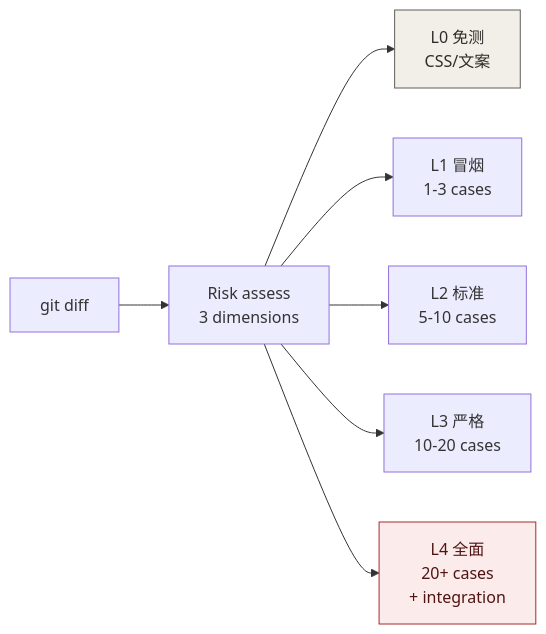
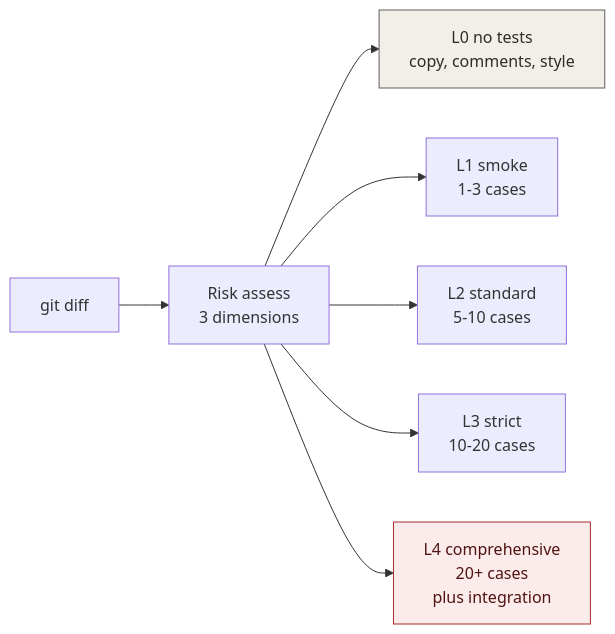
One commit to songuu/tech-persistence changed the fifth of 6 diagrams in README.md. Above: the diagram before and after it, drawn with Mermaid. The commit also changed other lines of this file and 17 other files, not shown here.

````diff
--- a/README.md
+++ b/README.md
@@ -163,12 +157,12 @@
 ```mermaid
 flowchart LR
-    DIFF["git diff"] --> ASSESS["Risk assess\n3 dimensions"]
-    ASSESS --> L0["L0 免测\nCSS/文案"]
-    ASSESS --> L1["L1 冒烟\n1-3 cases"]
-    ASSESS --> L2["L2 标准\n5-10 cases"]
-    ASSESS --> L3["L3 严格\n10-20 cases"]
-    ASSESS --> L4["L4 全面\n20+ cases\n+ integration"]
+    DIFF["git diff"] --> ASSESS["Risk assess<br/>3 dimensions"]
+    ASSESS --> L0["L0 no tests<br/>copy, comments, style"]
+    ASSESS --> L1["L1 smoke<br/>1-3 cases"]
+    ASSESS --> L2["L2 standard<br/>5-10 cases"]
+    ASSESS --> L3["L3 strict<br/>10-20 cases"]
+    ASSESS --> L4["L4 comprehensive<br/>20+ cases<br/>plus integration"]
 
     style L0 fill:#F1EFE8,stroke:#5F5E5A,color:#2C2C2A
     style L4 fill:#FCEBEB,stroke:#A32D2D,color:#501313
 ```
````
